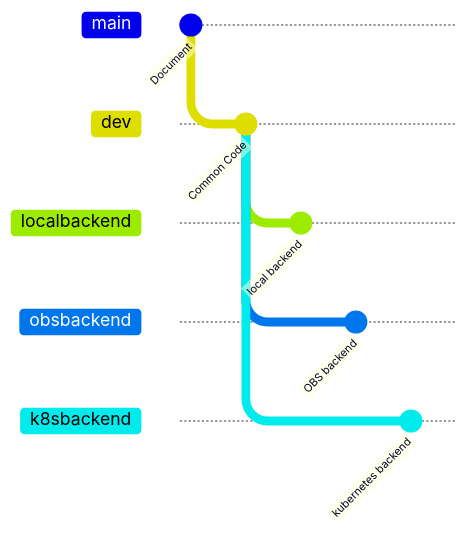
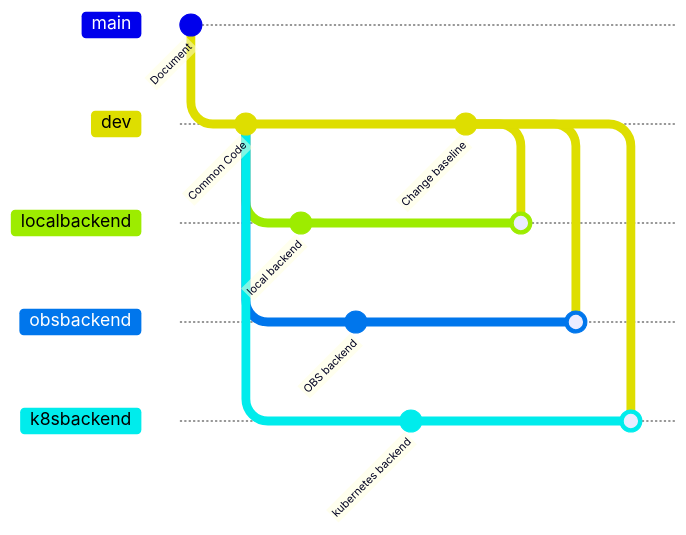
The diagram in README.md (Huawei-APAC-Professional-Services/hfa), drawn with Mermaid before and after one commit.

````diff
--- a/README.md
+++ b/README.md
@@ -9,14 +9,22 @@
 ```mermaid
 gitGraph
     commit id: "Document"
     branch dev
     commit id: "Common Code"
     branch localbackend
     commit id: "local backend"
     checkout dev
     branch obsbackend
     commit id: "OBS backend"
     checkout dev
     branch k8sbackend
     commit id: "kubernetes backend"
+    checkout dev
+    commit id: "Change baseline"
+    checkout localbackend
+    merge dev
+    checkout obsbackend
+    merge dev
+    checkout k8sbackend
+    merge dev
 ```
````
